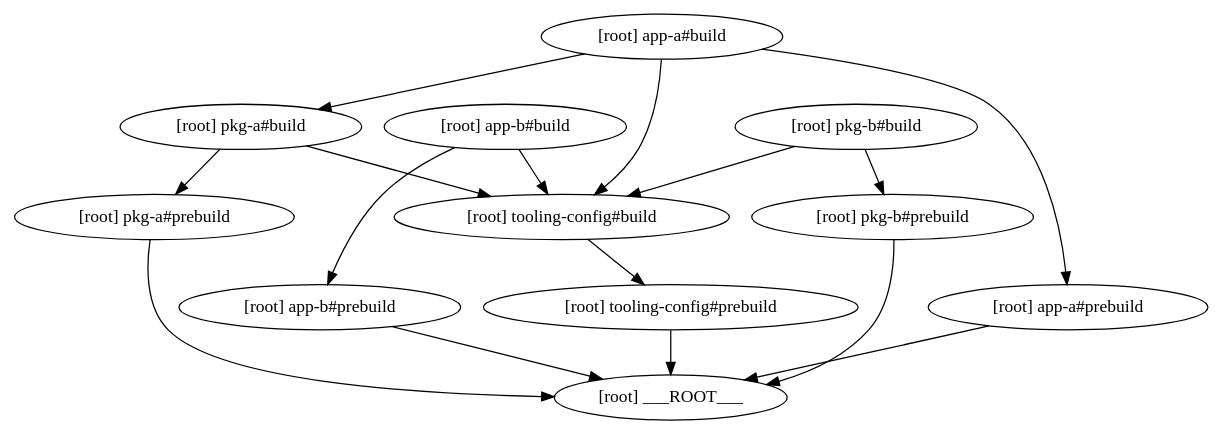
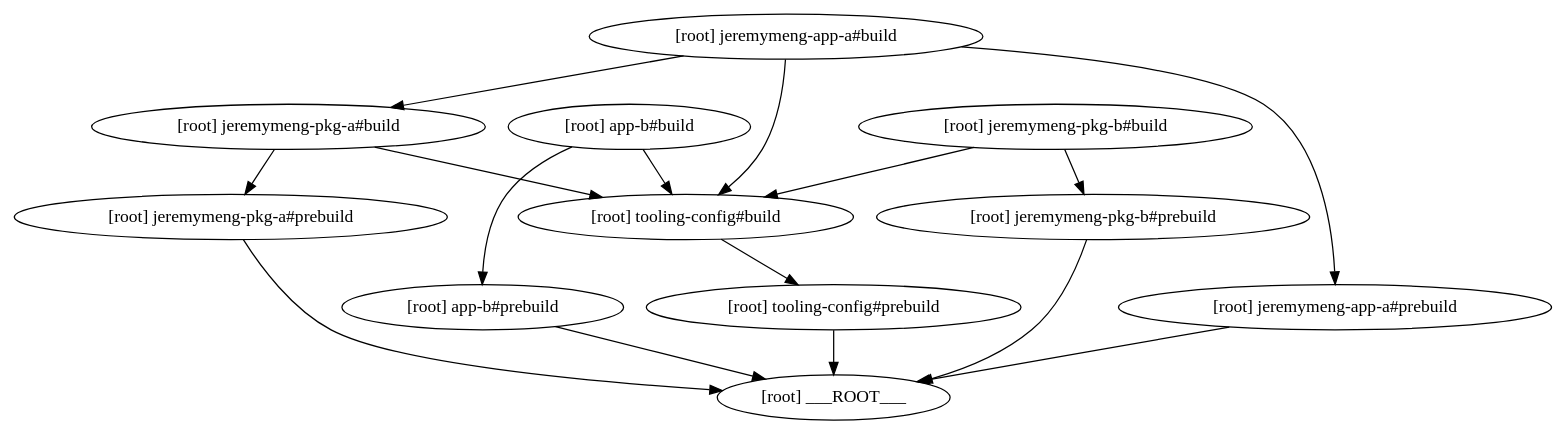
Before and after one commit to jeremymeng/my-turborepo: the diagram in build-tasks.dot, drawn with Graphviz. The commit also changed 5 other files, not shown here.

```diff
--- a/build-tasks.dot
+++ b/build-tasks.dot
@@ -1,21 +1,21 @@
 digraph {
         compound = "true"
         newrank = "true"
         subgraph "root" {
-                "[root] app-a#build" -> "[root] app-a#prebuild"
-                "[root] app-a#build" -> "[root] pkg-a#build"
-                "[root] app-a#build" -> "[root] tooling-config#build"
-                "[root] app-a#prebuild" -> "[root] ___ROOT___"
                 "[root] app-b#build" -> "[root] app-b#prebuild"
                 "[root] app-b#build" -> "[root] tooling-config#build"
                 "[root] app-b#prebuild" -> "[root] ___ROOT___"
-                "[root] pkg-a#build" -> "[root] pkg-a#prebuild"
-                "[root] pkg-a#build" -> "[root] tooling-config#build"
-                "[root] pkg-a#prebuild" -> "[root] ___ROOT___"
-                "[root] pkg-b#build" -> "[root] pkg-b#prebuild"
-                "[root] pkg-b#build" -> "[root] tooling-config#build"
-                "[root] pkg-b#prebuild" -> "[root] ___ROOT___"
+                "[root] jeremymeng-app-a#build" -> "[root] jeremymeng-app-a#prebuild"
+                "[root] jeremymeng-app-a#build" -> "[root] jeremymeng-pkg-a#build"
+                "[root] jeremymeng-app-a#build" -> "[root] tooling-config#build"
+                "[root] jeremymeng-app-a#prebuild" -> "[root] ___ROOT___"
+                "[root] jeremymeng-pkg-a#build" -> "[root] jeremymeng-pkg-a#prebuild"
+                "[root] jeremymeng-pkg-a#build" -> "[root] tooling-config#build"
+                "[root] jeremymeng-pkg-a#prebuild" -> "[root] ___ROOT___"
+                "[root] jeremymeng-pkg-b#build" -> "[root] jeremymeng-pkg-b#prebuild"
+                "[root] jeremymeng-pkg-b#build" -> "[root] tooling-config#build"
+                "[root] jeremymeng-pkg-b#prebuild" -> "[root] ___ROOT___"
                 "[root] tooling-config#build" -> "[root] tooling-config#prebuild"
                 "[root] tooling-config#prebuild" -> "[root] ___ROOT___"
         }
 }
```
